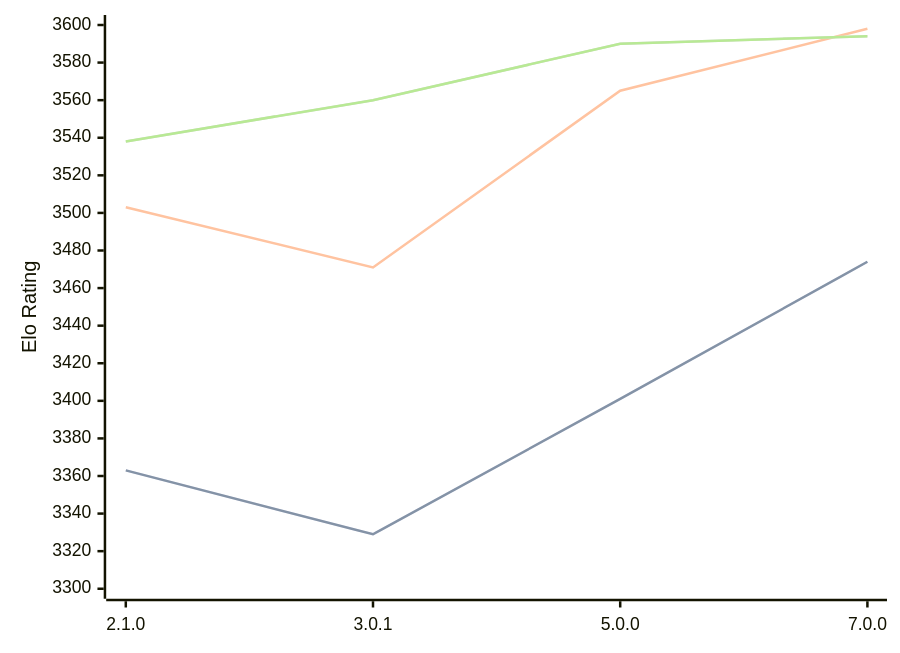
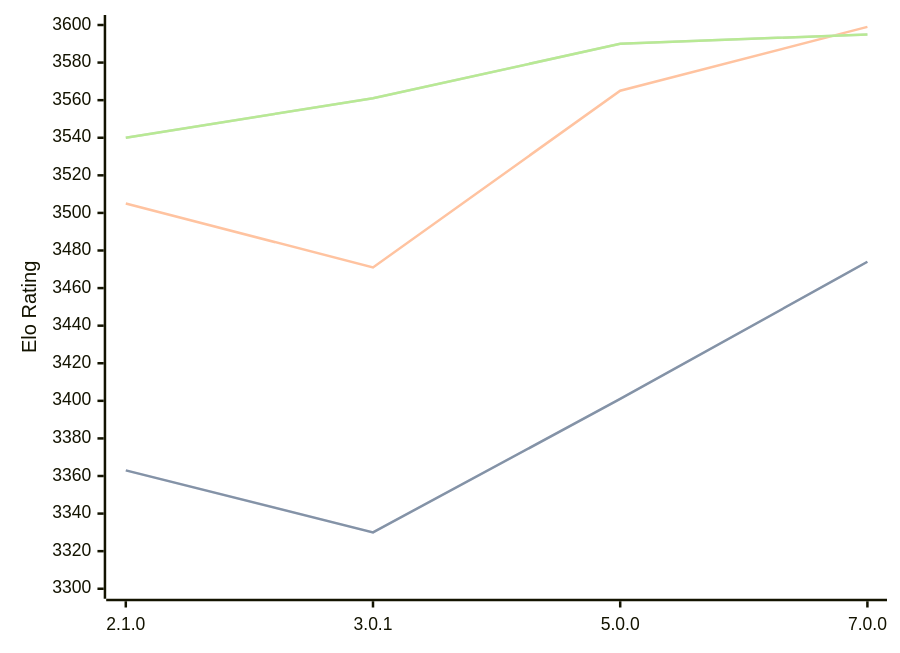
One commit to computer-chess-index/cci changed the diagram in engines/PlentyChess.md. Above: the diagram before and after it, drawn with Mermaid. The commit also changed other lines of this file, not shown here.

Commit message:
Update CCI Ratings (ELO VLTC) - 2026-04-27

````diff
--- a/engines/PlentyChess.md
+++ b/engines/PlentyChess.md
@@ -45,11 +45,11 @@
 ```mermaid
 %%{init: {"theme":"base","themeVariables":{"seriesColors:['#a3a3a3','#222221','#faa371']}}}%%
 xychart-beta
   x-axis ["2.1.0", "3.0.1", "5.0.0", "7.0.0"]
   y-axis "Elo Rating" 3300 --> 3600
-  line "STC (8.0+0.08s)" [3363, 3329, 3401, 3474]
-  line "STC (8.0+0.08s)" [3363, 3329, 3401, 3474]
-  line "LTC (60.0+0.60s)" [3503, 3471, 3565, 3598]
-  line "VLTC (2m24s+1.12s)" [3538, 3560, 3590, 3594]
-  line "VLTC (2m24s+1.12s)" [3538, 3560, 3590, 3594]
+  line "STC (8.0+0.08s)" [3363, 3330, 3401, 3474]
+  line "STC (8.0+0.08s)" [3363, 3330, 3401, 3474]
+  line "LTC (60.0+0.60s)" [3505, 3471, 3565, 3599]
+  line "VLTC (2m24s+1.12s)" [3540, 3561, 3590, 3595]
+  line "VLTC (2m24s+1.12s)" [3540, 3561, 3590, 3595]
 ```
````
